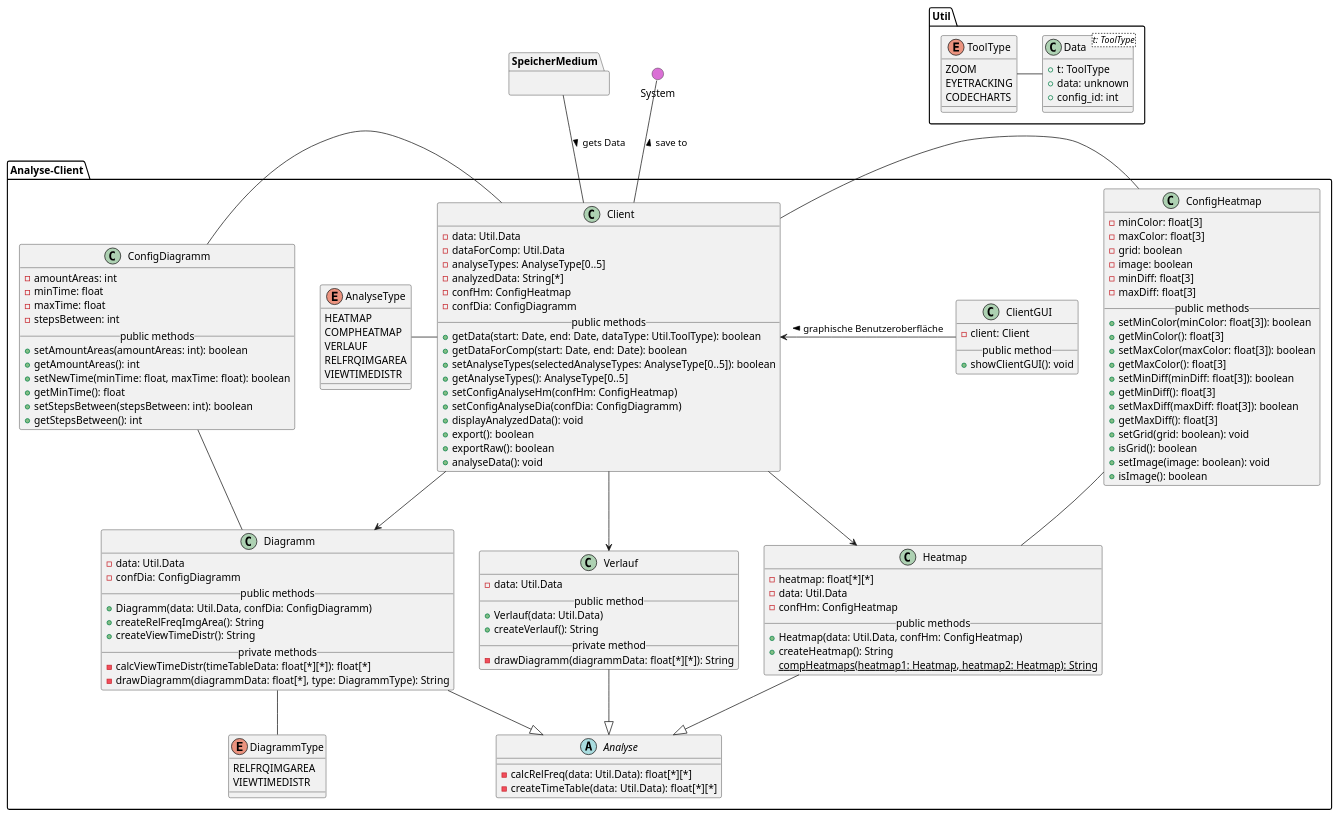
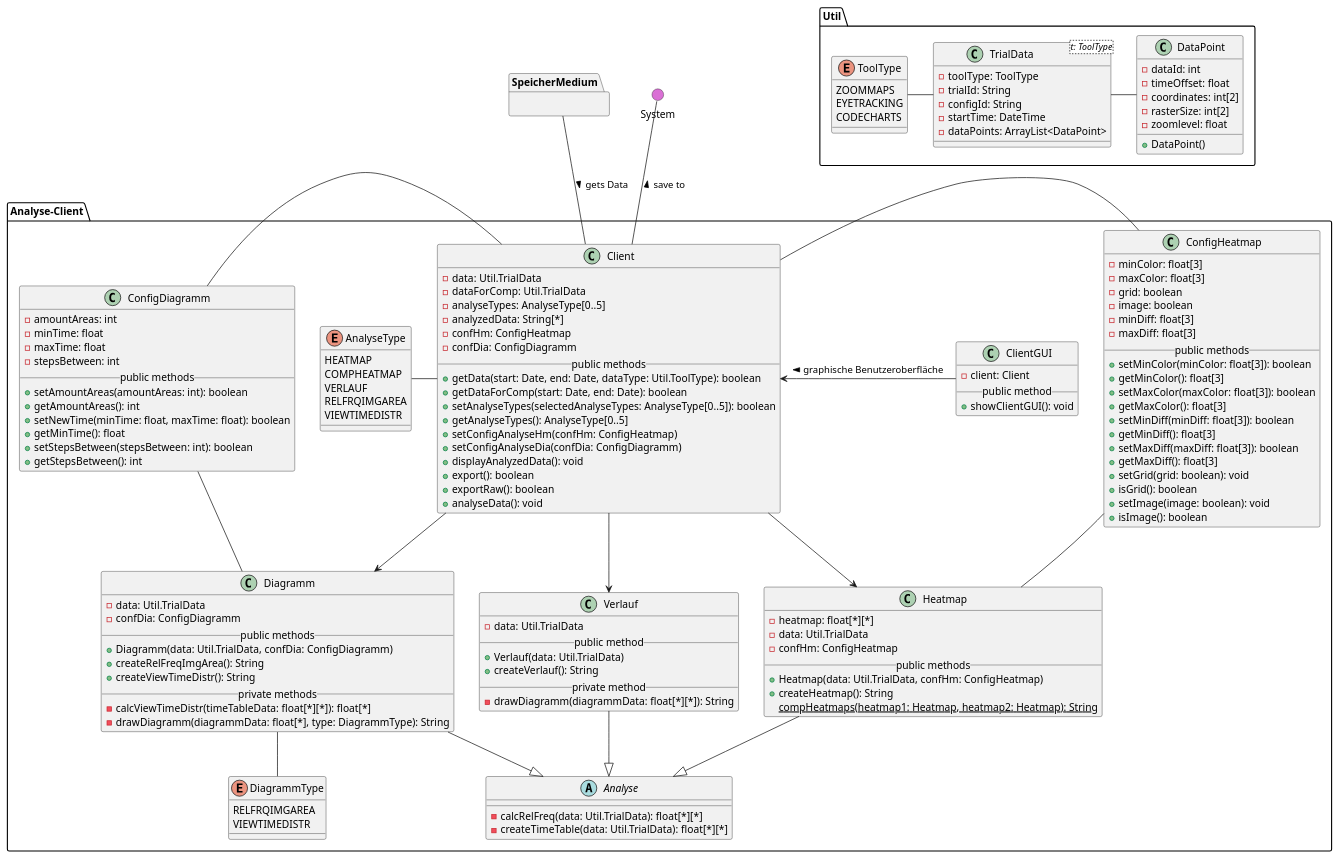
Before and after one commit to weichware-10/dokumente: the diagram in uml-class/analyseclient/analyseclient.puml, drawn with PlantUML.

Commit message:
[docs] Update Klassendiagramm (Package Util)

```diff
--- a/uml-class/analyseclient/analyseclient.puml
+++ b/uml-class/analyseclient/analyseclient.puml
@@ -1,175 +1,188 @@
 @startuml analyseclient
 
 ' === ANALYSE CLIENT ===
 package Analyse-Client{
 
     ' Client
     class Client {
-        - data: Util.Data
-        - dataForComp: Util.Data
+        - data: Util.TrialData
+        - dataForComp: Util.TrialData
         - analyseTypes: AnalyseType[0..5]
         - analyzedData: String[*]
         - confHm: ConfigHeatmap
         - confDia: ConfigDiagramm
         __public methods__
         + getData(start: Date, end: Date, dataType: Util.ToolType): boolean
         + getDataForComp(start: Date, end: Date): boolean
         + setAnalyseTypes(selectedAnalyseTypes: AnalyseType[0..5]): boolean
         + getAnalyseTypes(): AnalyseType[0..5]
         + setConfigAnalyseHm(confHm: ConfigHeatmap)
         + setConfigAnalyseDia(confDia: ConfigDiagramm)
         + displayAnalyzedData(): void
         + export(): boolean
         + exportRaw(): boolean
         + analyseData(): void
     }
 
     ' Analyse
     abstract Analyse {
-        - calcRelFreq(data: Util.Data): float[*][*]
-        - createTimeTable(data: Util.Data): float[*][*]
+        - calcRelFreq(data: Util.TrialData): float[*][*]
+        - createTimeTable(data: Util.TrialData): float[*][*]
     }
 
     ' Heatmap
     class Heatmap {
         - heatmap: float[*][*]
-        - data: Util.Data
+        - data: Util.TrialData
         - confHm: ConfigHeatmap
         __public methods__
-        + Heatmap(data: Util.Data, confHm: ConfigHeatmap) 
+        + Heatmap(data: Util.TrialData, confHm: ConfigHeatmap) 
         + createHeatmap(): String
         {static} compHeatmaps(heatmap1: Heatmap, heatmap2: Heatmap): String
     }
 
     ' Verlauf
     class Verlauf {
-        - data: Util.Data
+        - data: Util.TrialData
         __public method__
-        + Verlauf(data: Util.Data)
+        + Verlauf(data: Util.TrialData)
         + createVerlauf(): String
         __private method__
         - drawDiagramm(diagrammData: float[*][*]): String
     }
 
     ' Diagramm
     class Diagramm {
-        - data: Util.Data
+        - data: Util.TrialData
         - confDia: ConfigDiagramm
         __public methods__
-        + Diagramm(data: Util.Data, confDia: ConfigDiagramm)
+        + Diagramm(data: Util.TrialData, confDia: ConfigDiagramm)
         + createRelFreqImgArea(): String
         + createViewTimeDistr(): String
         __private methods__
         - calcViewTimeDistr(timeTableData: float[*][*]): float[*]
         - drawDiagramm(diagrammData: float[*], type: DiagrammType): String
     }
 
     ' ConfigDiagramm
     class ConfigDiagramm {
         - amountAreas: int
         - minTime: float
         - maxTime: float
         - stepsBetween: int
         __public methods__
         + setAmountAreas(amountAreas: int): boolean
         + getAmountAreas(): int
         + setNewTime(minTime: float, maxTime: float): boolean
         + getMinTime(): float
         + setStepsBetween(stepsBetween: int): boolean
         + getStepsBetween(): int
     }
 
     ' ConfigHeatmap
     class ConfigHeatmap {
         - minColor: float[3]
         - maxColor: float[3]
         - grid: boolean
         - image: boolean
         - minDiff: float[3]
         - maxDiff: float[3]
         __public methods__
         + setMinColor(minColor: float[3]): boolean
         + getMinColor(): float[3]
         + setMaxColor(maxColor: float[3]): boolean
         + getMaxColor(): float[3]
         + setMinDiff(minDiff: float[3]): boolean
         + getMinDiff(): float[3]
         + setMaxDiff(maxDiff: float[3]): boolean
         + getMaxDiff(): float[3]
         + setGrid(grid: boolean): void
         + isGrid(): boolean
         + setImage(image: boolean): void
         + isImage(): boolean
     }
 
     ' DiagrammType
     enum DiagrammType {
         RELFRQIMGAREA
         VIEWTIMEDISTR 
     }
 
     ' Type
     enum AnalyseType {
         HEATMAP
         COMPHEATMAP
         VERLAUF
         RELFRQIMGAREA
         VIEWTIMEDISTR
     }
 
     ' ClientGUI
     class ClientGUI {
         - client: Client
         __public method__
         + showClientGUI(): void
     }
 
     ' Vererbung
     Analyse <|-u- Heatmap
     Analyse <|-u- Verlauf
     Analyse <|-u- Diagramm
 
     ' Interaktionen
     Client -d-> Heatmap
     Client -d-> Verlauf
     Client -d-> Diagramm
     Client -l- AnalyseType
     Client <-r- ClientGUI : < graphische Benutzeroberfläche
     Diagramm -- DiagrammType
     ConfigDiagramm -- Diagramm
     ConfigDiagramm -r- Client
     ConfigHeatmap -- Heatmap
     ConfigHeatmap -l- Client
 
 }
 
 ' Blackbox
 package SpeicherMedium {}
 
 package Util {
 
     ' Typen der erhobenen Daten
     enum ToolType {
-        ZOOM
+        ZOOMMAPS
         EYETRACKING
         CODECHARTS
     }
 
-    ' Daten
-    class Data<t: ToolType> {
-        + t: ToolType
-        + data: unknown
-        + config_id: int
+    ' TrialData
+    class TrialData<t: ToolType> {
+        - toolType: ToolType
+        - trialId: String
+        - configId: String
+        - startTime: DateTime
+        - dataPoints: ArrayList<DataPoint>
+    }
+
+    ' DataPoints
+    class DataPoint {
+        - dataId: int
+        - timeOffset: float
+        - coordinates: int[2]
+        - rasterSize: int[2]
+        - zoomlevel: float
+        + DataPoint()
     }
 
     ' Interaktionen
-    Data -l- ToolType
+    TrialData -l- ToolType
+    TrialData - DataPoint
 }
 
 () System #DA70D5
 
 ' Interaktionen
 Client -u- System: > save to
 Client -u- SpeicherMedium : < gets Data
 
 @enduml
```
